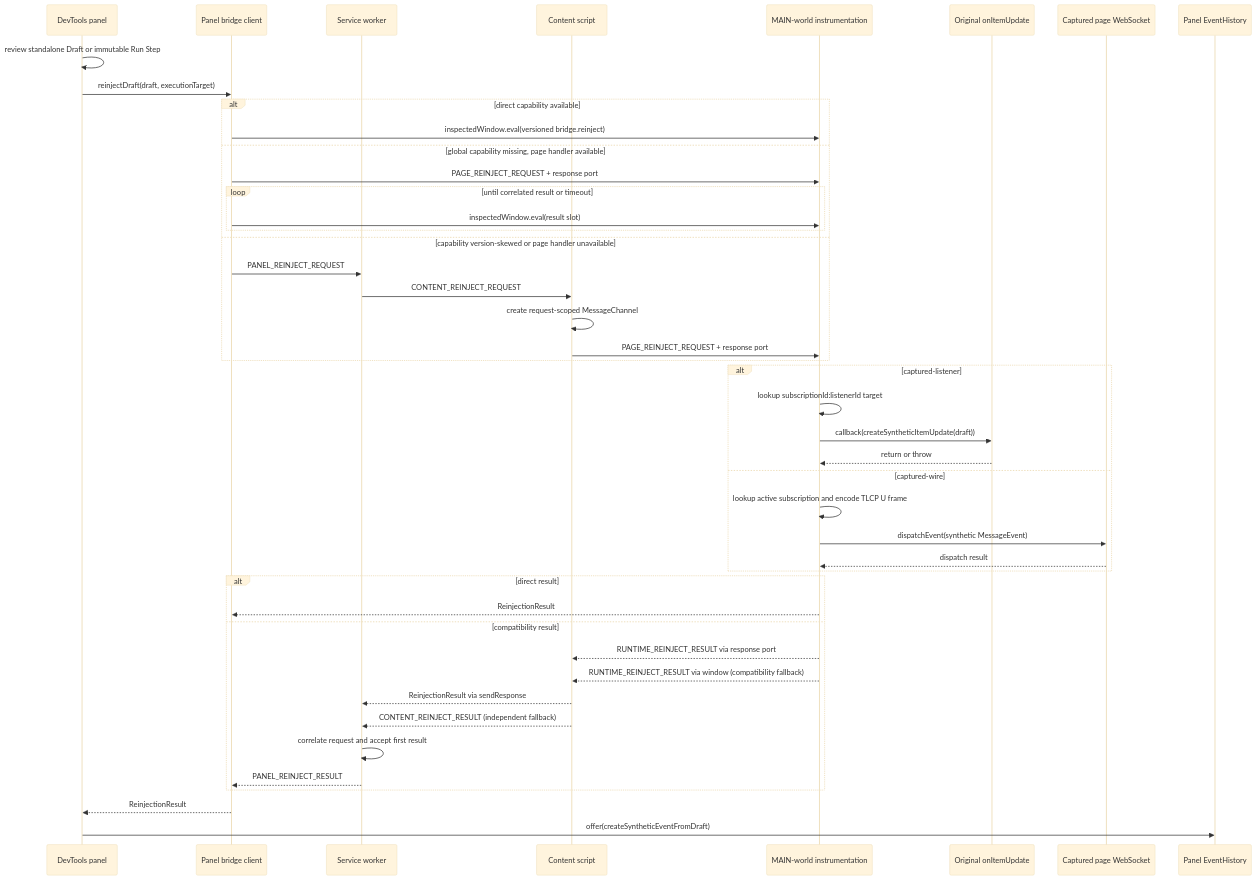
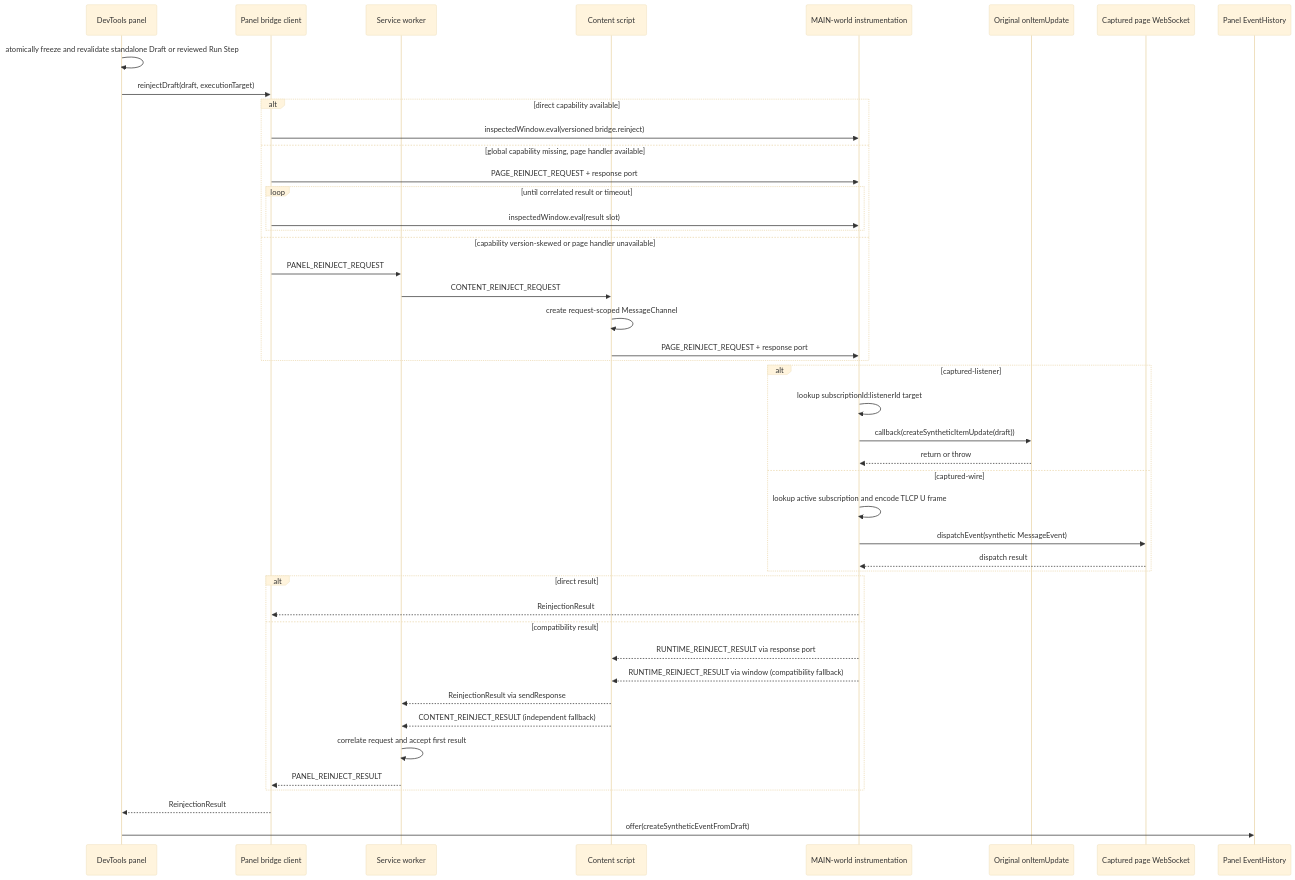
Before and after one commit to imom39a/lightstreamer-workbench-extension: the seventh of 7 diagrams in docs/ARCHITECTURE.md, drawn with Mermaid (base theme). The commit also changed other lines of this file and 84 other files, not shown here.

````diff
--- a/docs/ARCHITECTURE.md
+++ b/docs/ARCHITECTURE.md
@@ -721,48 +721,48 @@
 ```mermaid
 sequenceDiagram
   participant UI as DevTools panel
   participant PBC as Panel bridge client
   participant BG as Service worker
   participant CS as Content script
   participant Inj as MAIN-world instrumentation
   participant Listener as Original onItemUpdate
   participant WS as Captured page WebSocket
   participant History as Panel EventHistory
 
-  UI->>UI: review standalone Draft or immutable Run Step
+  UI->>UI: atomically freeze and revalidate standalone Draft or reviewed Run Step
   UI->>PBC: reinjectDraft(draft, executionTarget)
   alt direct capability available
     PBC->>Inj: inspectedWindow.eval(versioned bridge.reinject)
   else global capability missing, page handler available
     PBC->>Inj: PAGE_REINJECT_REQUEST + response port
     loop until correlated result or timeout
       PBC->>Inj: inspectedWindow.eval(result slot)
     end
   else capability version-skewed or page handler unavailable
     PBC->>BG: PANEL_REINJECT_REQUEST
     BG->>CS: CONTENT_REINJECT_REQUEST
     CS->>CS: create request-scoped MessageChannel
     CS->>Inj: PAGE_REINJECT_REQUEST + response port
   end
   alt captured-listener
     Inj->>Inj: lookup subscriptionId:listenerId target
     Inj->>Listener: callback(createSyntheticItemUpdate(draft))
     Listener-->>Inj: return or throw
   else captured-wire
     Inj->>Inj: lookup active subscription and encode TLCP U frame
     Inj->>WS: dispatchEvent(synthetic MessageEvent)
     WS-->>Inj: dispatch result
   end
   alt direct result
     Inj-->>PBC: ReinjectionResult
   else compatibility result
     Inj-->>CS: RUNTIME_REINJECT_RESULT via response port
     Inj-->>CS: RUNTIME_REINJECT_RESULT via window (compatibility fallback)
     CS-->>BG: ReinjectionResult via sendResponse
     CS-->>BG: CONTENT_REINJECT_RESULT (independent fallback)
     BG->>BG: correlate request and accept first result
     BG-->>PBC: PANEL_REINJECT_RESULT
   end
   PBC-->>UI: ReinjectionResult
   UI->>History: offer(createSyntheticEventFromDraft)
 ```
````
